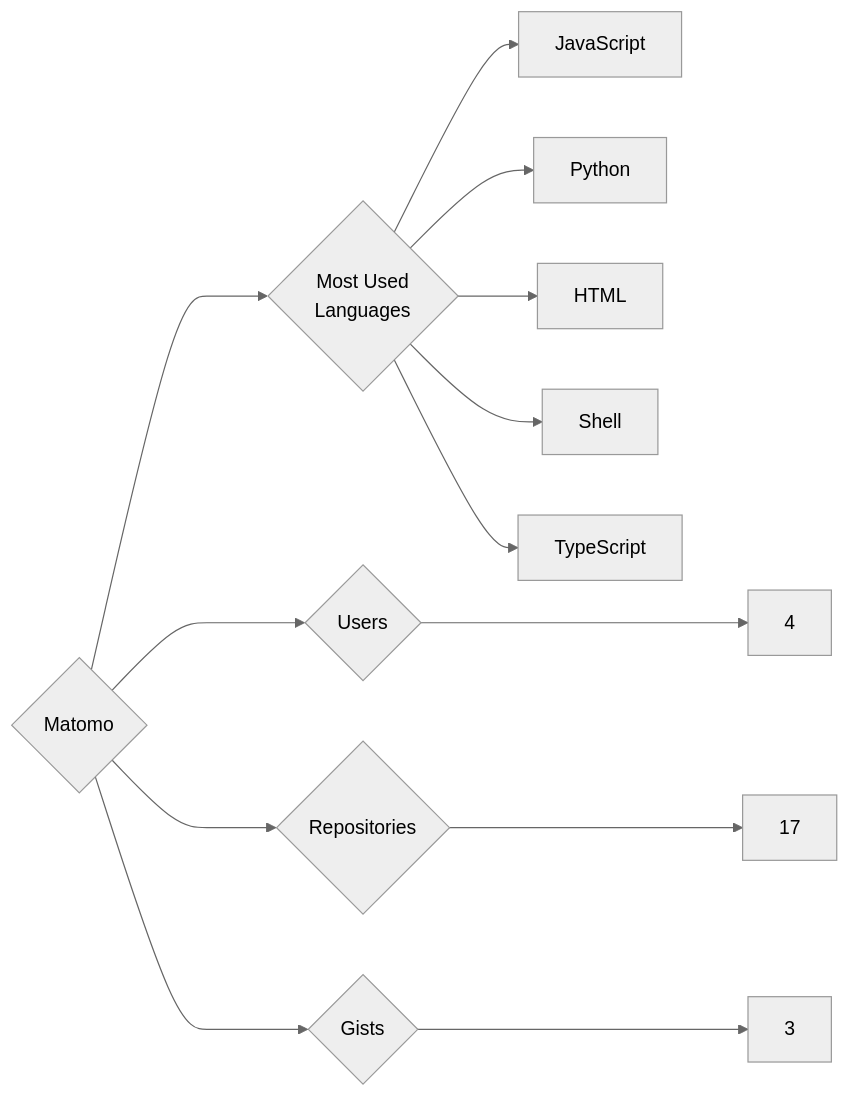
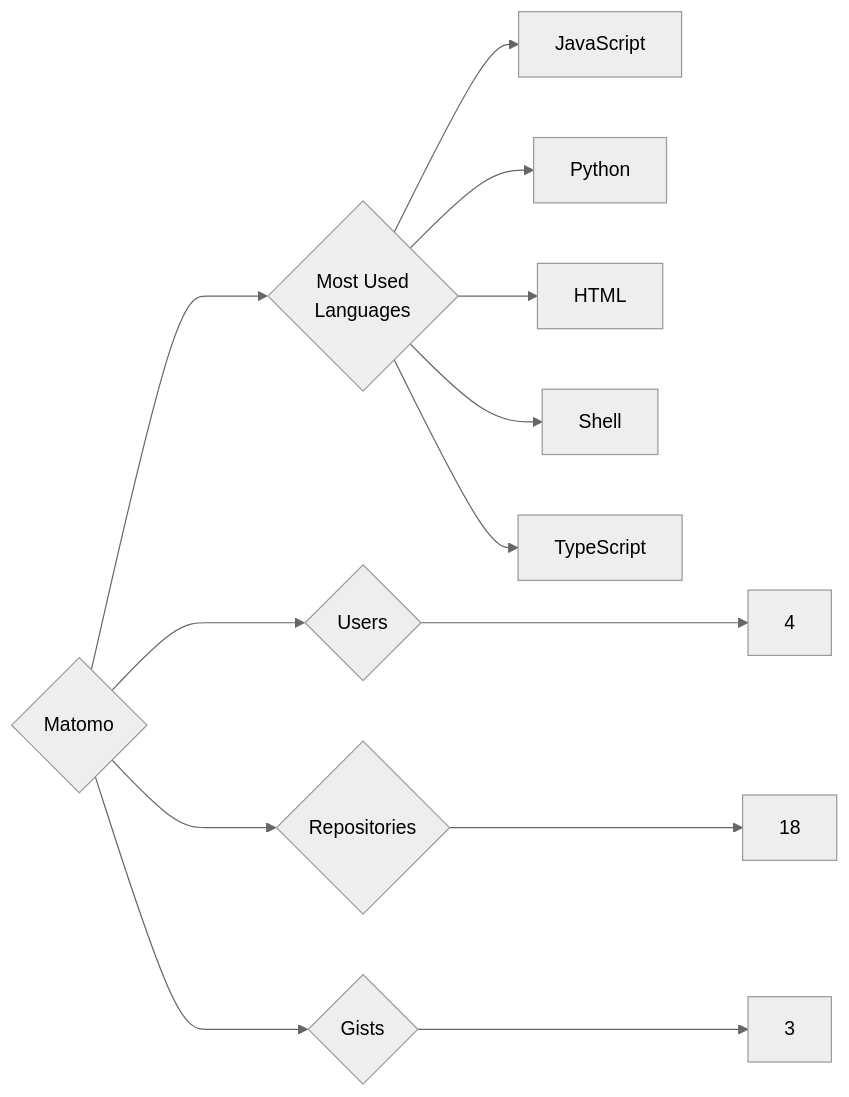
The diagram in targets/Matomo/README.md (trickest/insiders), drawn with Mermaid (neutral theme) before and after one commit. The commit also changed 965 other files, not shown here.

````diff
--- a/targets/Matomo/README.md
+++ b/targets/Matomo/README.md
@@ -3,13 +3,13 @@
 ```mermaid
 graph LR
 COMPANY_NAME{Matomo}
 COMPANY_NAME ---> U{Users} ---> UN[4]
-COMPANY_NAME ---> R{Repositories} ---> RN[17]
+COMPANY_NAME ---> R{Repositories} ---> RN[18]
 COMPANY_NAME ---> G{Gists} ---> GN[3]
 COMPANY_NAME ---> ML{Most Used<br>Languages}
 ML --> JavaScript[JavaScript]
 ML --> Python[Python]
 ML --> HTML[HTML]
 ML --> Shell[Shell]
 ML --> TypeScript[TypeScript]
 ```
````
